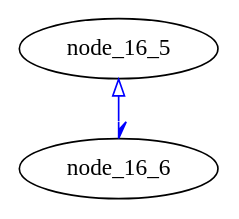
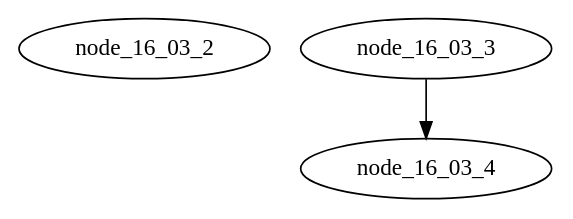
One commit to graphviz-perl/GraphViz2-Marpa changed the diagram in data/16.03.gv. Above: the diagram before and after it, drawn with Graphviz. The commit also changed 17 other files, not shown here.

```diff
--- a/data/16.03.gv
+++ b/data/16.03.gv
@@ -1,13 +1,11 @@
-strict digraph graph_16
+strict digraph graph_16_03_1
 {
-	subgraph subgraph_16_1
+	node_16_03_2
 	{
-		node_16_5 -> node_16_6
-		[
-			arrowhead = "halfopen",
-			arrowtail = "empty"
-			color     = blue
-			dir       = "both",
-		]
+		node_16_03_3 -> node_16_03_4
 	}
+	[
+		color = blue
+		dir   = "both",
+	]
 }
```
